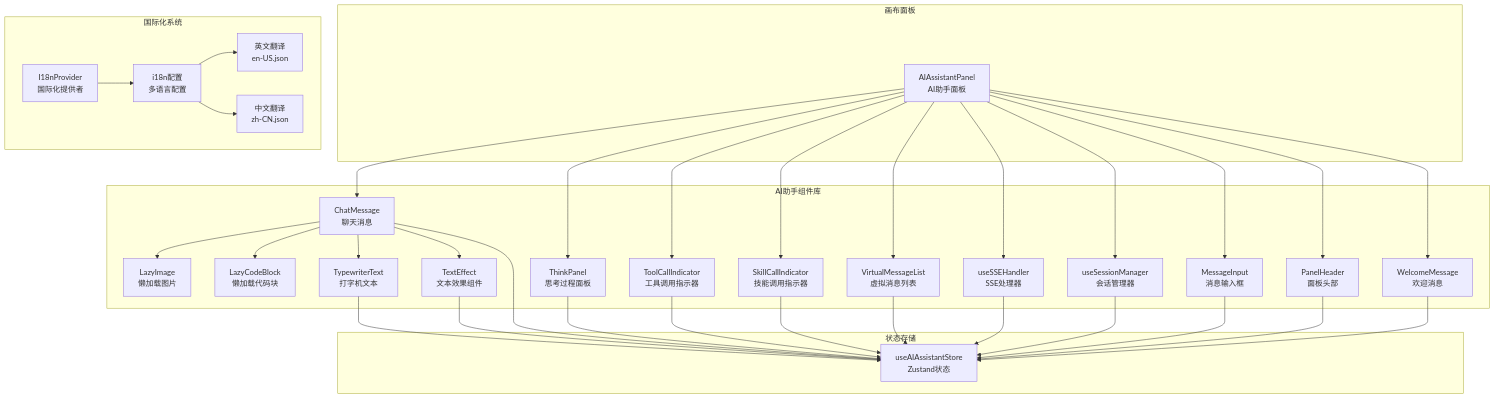
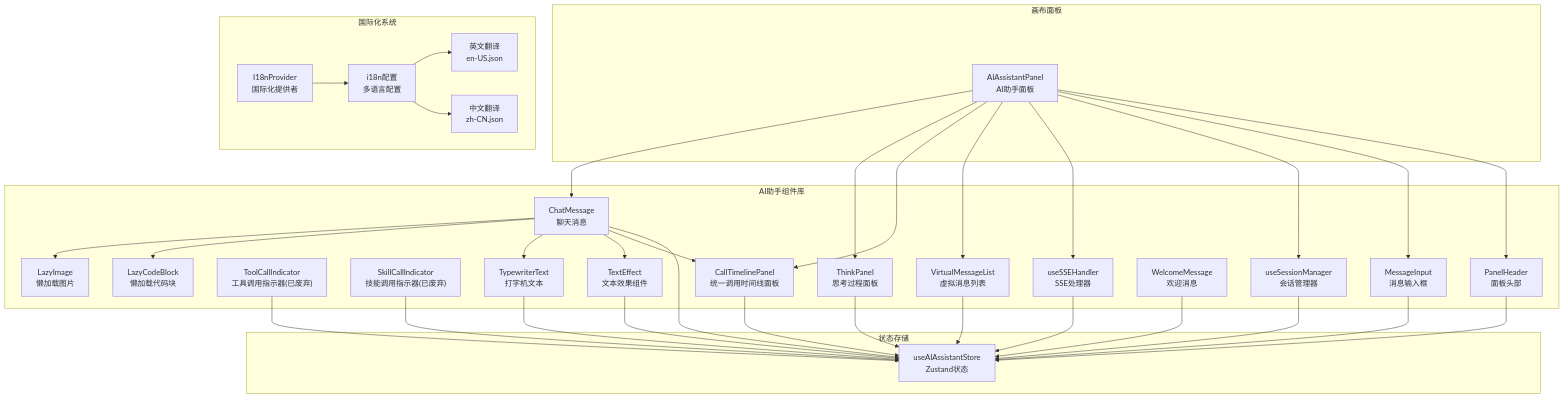
Before and after one commit to KunLabAI/KunFlix: the first of 16 diagrams in .qoder/repowiki/zh/content/系统架构/前端架构/组件架构/AI助手组件/AI助手组件.md, drawn with Mermaid. The commit also changed other lines of this file and 18 other files, not shown here.

````diff
--- a/.qoder/repowiki/zh/content/系统架构/前端架构/组件架构/AI助手组件/AI助手组件.md
+++ b/.qoder/repowiki/zh/content/系统架构/前端架构/组件架构/AI助手组件/AI助手组件.md
@@ -68,60 +70,61 @@
 ```mermaid
 graph TB
 subgraph "画布面板"
 A["AIAssistantPanel<br/>AI助手面板"]
 end
 subgraph "AI助手组件库"
 B["ChatMessage<br/>聊天消息"]
 C["ThinkPanel<br/>思考过程面板"]
-D["ToolCallIndicator<br/>工具调用指示器"]
-E["SkillCallIndicator<br/>技能调用指示器"]
-F["VirtualMessageList<br/>虚拟消息列表"]
-G["LazyImage<br/>懒加载图片"]
-H["LazyCodeBlock<br/>懒加载代码块"]
-I["useSSEHandler<br/>SSE处理器"]
-J["useSessionManager<br/>会话管理器"]
-K["MessageInput<br/>消息输入框"]
-L["PanelHeader<br/>面板头部"]
-M["WelcomeMessage<br/>欢迎消息"]
-N["TypewriterText<br/>打字机文本"]
-O["TextEffect<br/>文本效果组件"]
+D["CallTimelinePanel<br/>统一调用时间线面板"]
+E["ToolCallIndicator<br/>工具调用指示器(已废弃)"]
+F["SkillCallIndicator<br/>技能调用指示器(已废弃)"]
+G["VirtualMessageList<br/>虚拟消息列表"]
+H["LazyImage<br/>懒加载图片"]
+I["LazyCodeBlock<br/>懒加载代码块"]
+J["useSSEHandler<br/>SSE处理器"]
+K["useSessionManager<br/>会话管理器"]
+L["MessageInput<br/>消息输入框"]
+M["PanelHeader<br/>面板头部"]
+N["WelcomeMessage<br/>欢迎消息"]
+O["TypewriterText<br/>打字机文本"]
+P["TextEffect<br/>文本效果组件"]
 end
 subgraph "国际化系统"
-P["I18nProvider<br/>国际化提供者"]
-Q["i18n配置<br/>多语言配置"]
-R["英文翻译<br/>en-US.json"]
-S["中文翻译<br/>zh-CN.json"]
+Q["I18nProvider<br/>国际化提供者"]
+R["i18n配置<br/>多语言配置"]
+S["英文翻译<br/>en-US.json"]
+T["中文翻译<br/>zh-CN.json"]
 end
 subgraph "状态存储"
-T["useAIAssistantStore<br/>Zustand状态"]
+U["useAIAssistantStore<br/>Zustand状态"]
 end
 A --> B
 A --> C
 A --> D
-A --> E
-A --> F
-B --> G
+A --> G
 B --> H
-B --> N
+B --> I
 B --> O
-A --> I
+B --> P
+B --> D
 A --> J
 A --> K
 A --> L
 A --> M
-B --> T
-C --> T
-D --> T
-E --> T
-F --> T
-I --> T
-J --> T
-K --> T
-L --> T
-M --> T
-N --> T
-O --> T
-P --> Q
+B --> U
+C --> U
+D --> U
+E --> U
+F --> U
+G --> U
+J --> U
+K --> U
+L --> U
+M --> U
+N --> U
+O --> U
+P --> U
 Q --> R
-Q --> S
+R --> S
+R --> T
 ```
````
